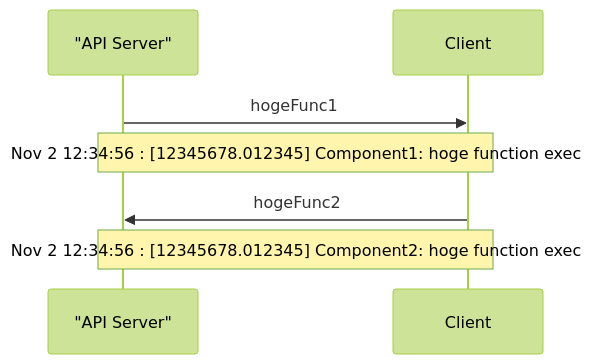
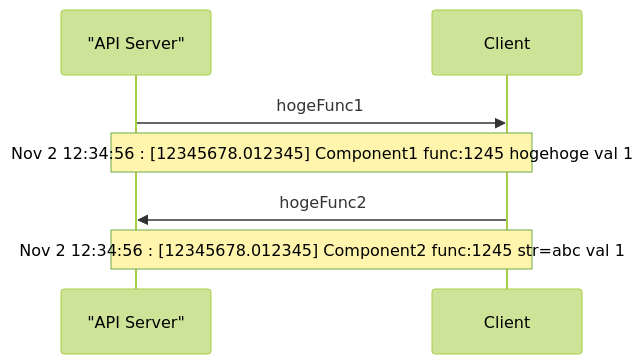
Before and after one commit to yusan25c/log2mermaid-cli: the diagram in example/diagram.mmd, drawn with Mermaid (forest theme). The commit also changed 6 other files, not shown here.

```diff
--- a/example/diagram.mmd
+++ b/example/diagram.mmd
@@ -1,7 +1,7 @@
 sequenceDiagram
     participant P1 as "API Server"
     participant Client
     P1 ->> Client: hogeFunc1
-    Note over P1,Client: Nov  2 12:34:56 : [12345678.012345] Component1: hoge function exec
+    Note over P1,Client: Nov  2 12:34:56 : [12345678.012345] Component1 func:1245 hogehoge val 1
     Client ->> P1: hogeFunc2
-    Note over Client,P1: Nov  2 12:34:56 : [12345678.012345] Component2: hoge function exec
+    Note over Client,P1: Nov  2 12:34:56 : [12345678.012345] Component2 func:1245 str=abc val 1
```
